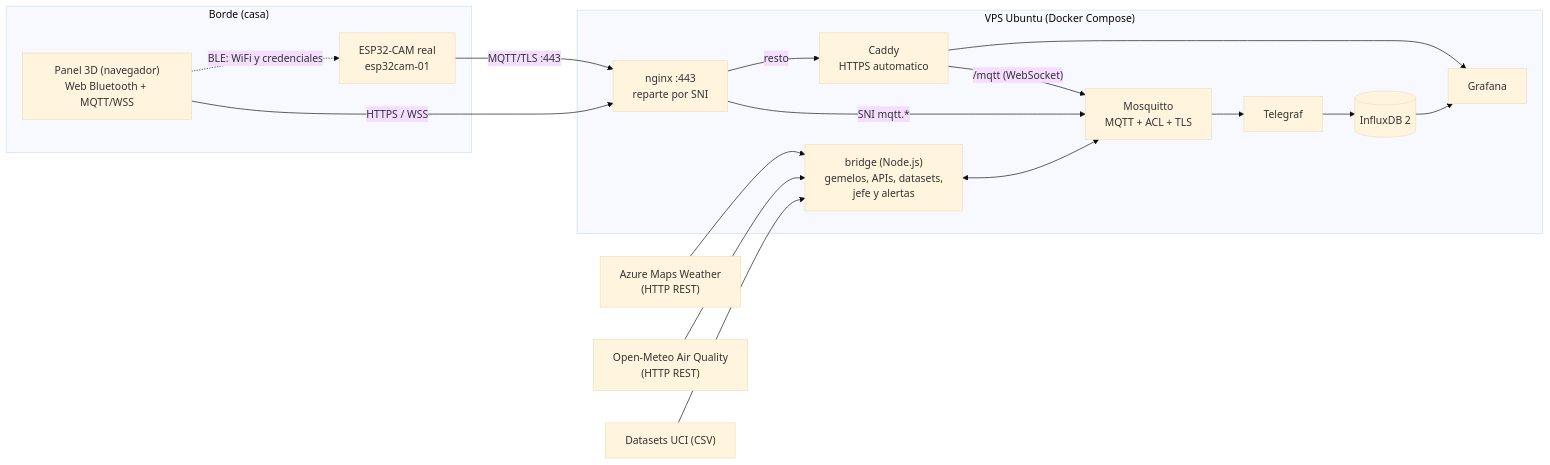
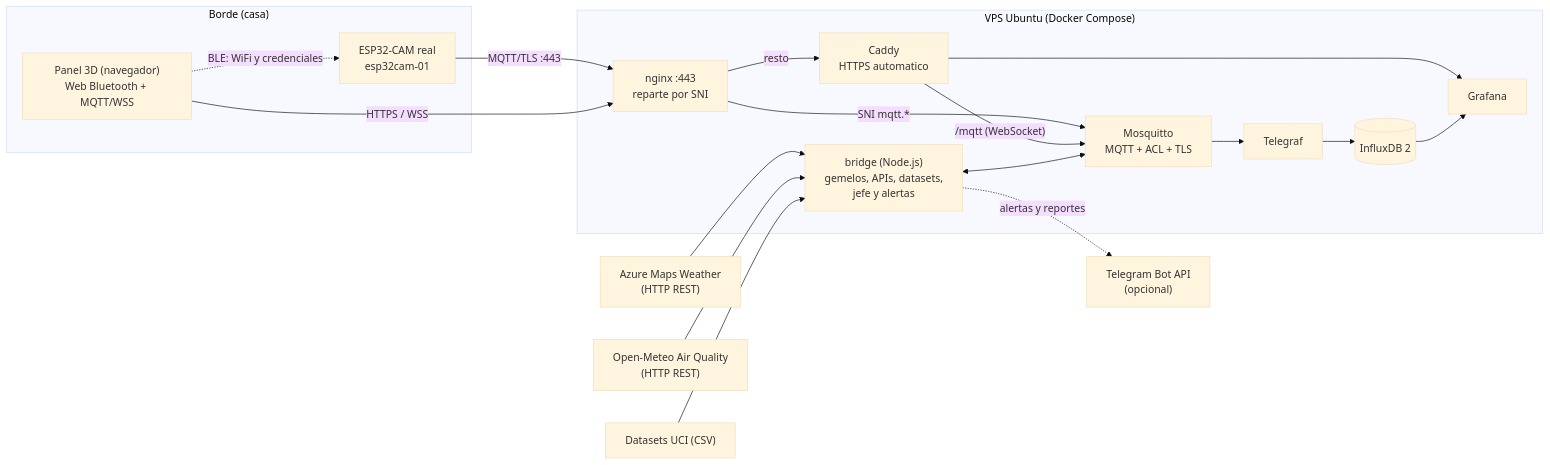
The diagram in docs/ARQUITECTURA.md (JaimeMrF/jefe-iot), drawn with Mermaid (base theme) before and after one commit. The commit also changed other lines of this file and 20 other files, not shown here.

````diff
--- a/docs/ARQUITECTURA.md
+++ b/docs/ARQUITECTURA.md
@@ -9,31 +9,33 @@
 ```mermaid
 flowchart LR
   subgraph Borde["Borde (casa)"]
     CAM["ESP32-CAM real<br/>esp32cam-01"]
     PANEL["Panel 3D (navegador)<br/>Web Bluetooth + MQTT/WSS"]
   end
   subgraph VPS["VPS Ubuntu (Docker Compose)"]
     EDGE["nginx :443<br/>reparte por SNI"]
     CADDY["Caddy<br/>HTTPS automatico"]
     MQ["Mosquitto<br/>MQTT + ACL + TLS"]
     BR["bridge (Node.js)<br/>gemelos, APIs, datasets,<br/>jefe y alertas"]
     TG["Telegraf"]
     DB[("InfluxDB 2")]
     GF["Grafana"]
   end
   API1["Azure Maps Weather<br/>(HTTP REST)"]
   API2["Open-Meteo Air Quality<br/>(HTTP REST)"]
   DS["Datasets UCI (CSV)"]
+  TGM["Telegram Bot API<br/>(opcional)"]
   CAM -- "MQTT/TLS :443" --> EDGE
   PANEL -- "HTTPS / WSS" --> EDGE
   PANEL -. "BLE: WiFi y credenciales" .-> CAM
   EDGE -- "SNI mqtt.*" --> MQ
   EDGE -- "resto" --> CADDY
   CADDY -- "/mqtt (WebSocket)" --> MQ
   CADDY --> GF
   BR <--> MQ
   API1 --> BR
   API2 --> BR
   DS --> BR
+  BR -. "alertas y reportes" .-> TGM
   MQ --> TG --> DB --> GF
 ```
````
